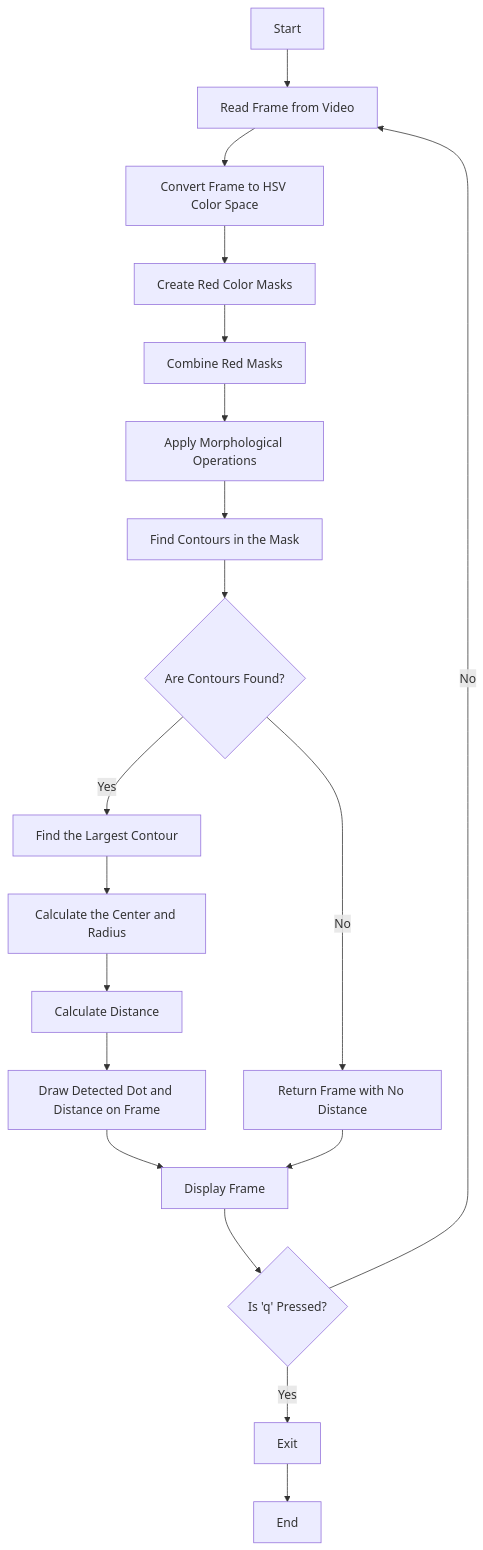
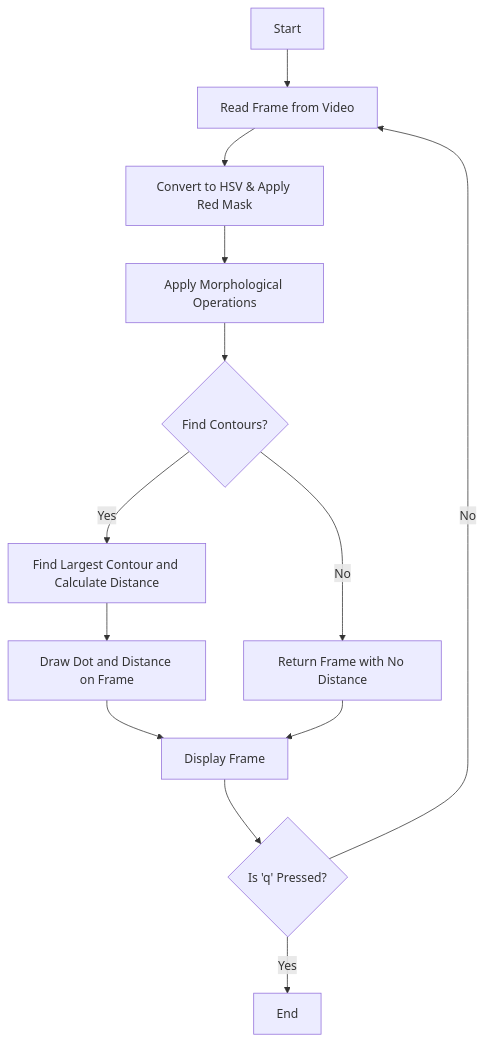
One commit to yang-zhongtian/winterhack changed the diagram in README.md. Above: the diagram before and after it, drawn with Mermaid. The commit also changed other lines of this file and 1 other file, not shown here.

Commit message:
update: add doc

````diff
--- a/README.md
+++ b/README.md
@@ -57,21 +63,15 @@
 ```mermaid
 flowchart TD
     A[Start] --> B[Read Frame from Video]
-    B --> C[Convert Frame to HSV Color Space]
-    C --> D[Create Red Color Masks]
-    D --> E[Combine Red Masks]
-    E --> F[Apply Morphological Operations]
-    F --> G[Find Contours in the Mask]
-    G --> H{Are Contours Found?}
-    H -- Yes --> I[Find the Largest Contour]
-    I --> J[Calculate the Center and Radius]
-    J --> K[Calculate Distance]
-    K --> L[Draw Detected Dot and Distance on Frame]
-    H -- No --> M[Return Frame with No Distance]
-    L --> N[Display Frame]
-    M --> N
-    N --> O{Is 'q' Pressed?}
-    O -- Yes --> P[Exit]
-    O -- No --> B
-    P --> Q[End]
+    B --> C[Convert to HSV & Apply Red Mask]
+    C --> D[Apply Morphological Operations]
+    D --> E{Find Contours?}
+    E -- Yes --> F[Find Largest Contour and Calculate Distance]
+    F --> G[Draw Dot and Distance on Frame]
+    E -- No --> H[Return Frame with No Distance]
+    G --> I[Display Frame]
+    H --> I
+    I --> J{Is 'q' Pressed?}
+    J -- Yes --> K[End]
+    J -- No --> B
 ```
````
